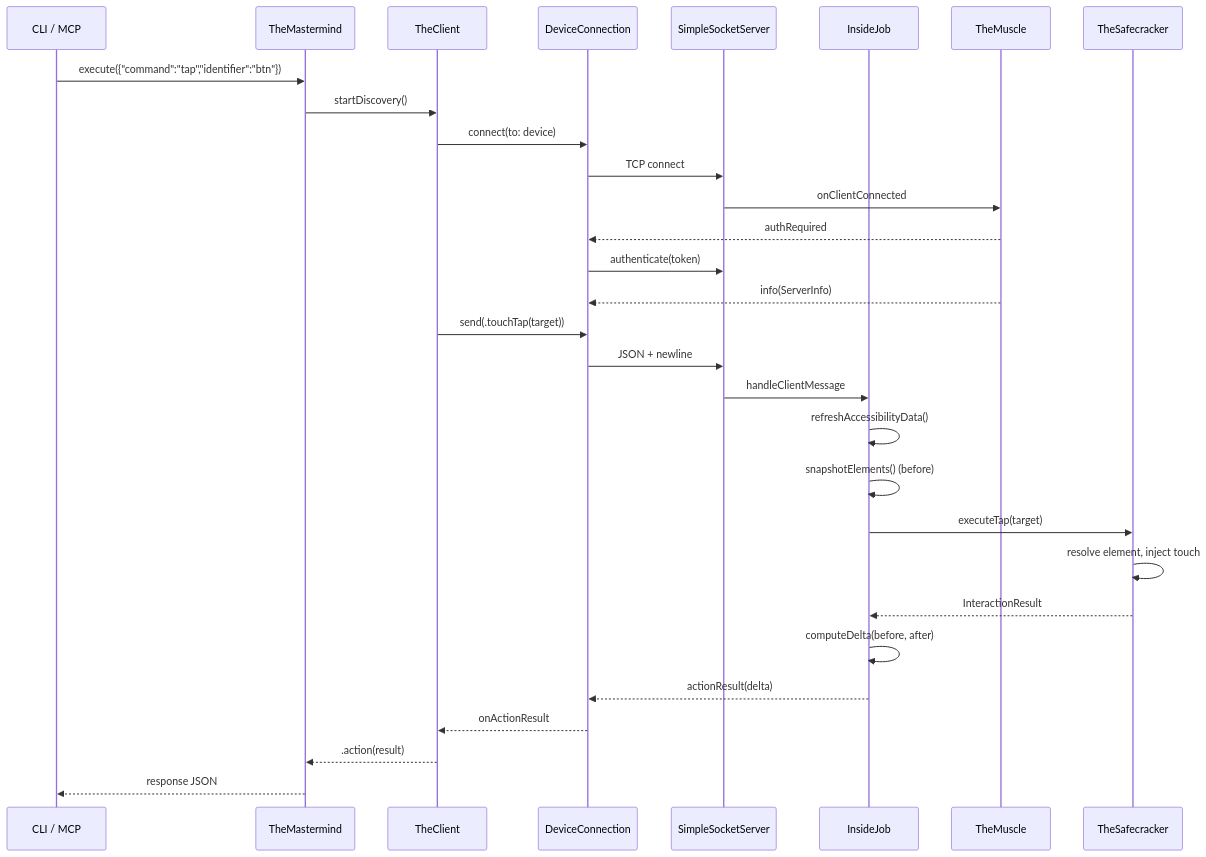
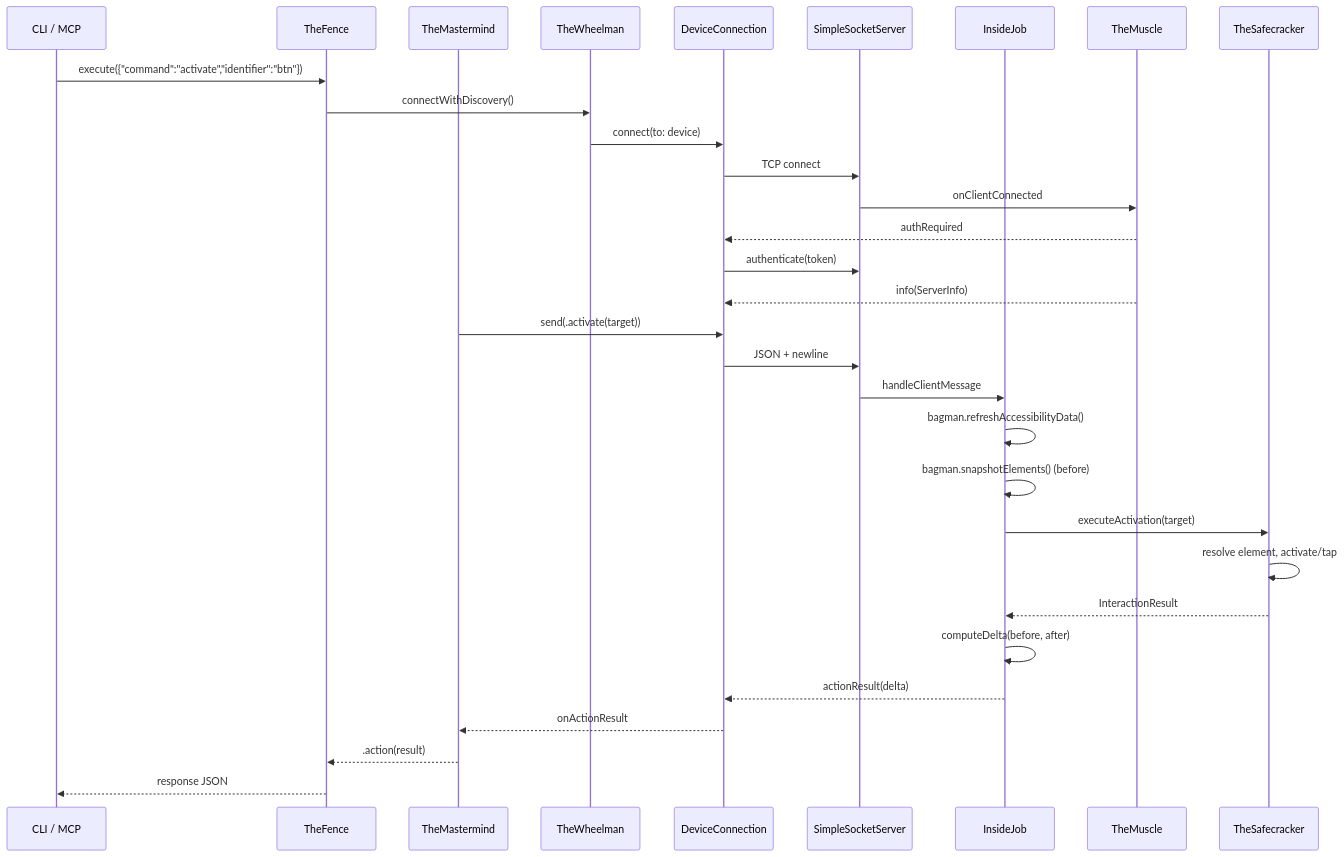
The second of 2 diagrams in docs/dossiers/00-OVERVIEW.md (RoyalPineapple/TheButtonHeist), drawn with Mermaid before and after one commit. The commit also changed other lines of this file and 4 other files, not shown here.

````diff
--- a/docs/dossiers/00-OVERVIEW.md
+++ b/docs/dossiers/00-OVERVIEW.md
@@ -57,33 +57,34 @@
 ```mermaid
 sequenceDiagram
     participant CLI as CLI / MCP
+    participant TF as TheFence
     participant TM as TheMastermind
-    participant TC as TheClient
+    participant TW as TheWheelman
     participant DC as DeviceConnection
     participant SS as SimpleSocketServer
     participant IJ as InsideJob
     participant TM2 as TheMuscle
     participant TS as TheSafecracker
 
-    CLI->>TM: execute({"command":"tap","identifier":"btn"})
-    TM->>TC: startDiscovery()
-    TC->>DC: connect(to: device)
+    CLI->>TF: execute({"command":"activate","identifier":"btn"})
+    TF->>TW: connectWithDiscovery()
+    TW->>DC: connect(to: device)
     DC->>SS: TCP connect
     SS->>TM2: onClientConnected
     TM2-->>DC: authRequired
     DC->>SS: authenticate(token)
     TM2-->>DC: info(ServerInfo)
-    TC->>DC: send(.touchTap(target))
+    TM->>DC: send(.activate(target))
     DC->>SS: JSON + newline
     SS->>IJ: handleClientMessage
-    IJ->>IJ: refreshAccessibilityData()
-    IJ->>IJ: snapshotElements() (before)
-    IJ->>TS: executeTap(target)
-    TS->>TS: resolve element, inject touch
+    IJ->>IJ: bagman.refreshAccessibilityData()
+    IJ->>IJ: bagman.snapshotElements() (before)
+    IJ->>TS: executeActivation(target)
+    TS->>TS: resolve element, activate/tap
     TS-->>IJ: InteractionResult
     IJ->>IJ: computeDelta(before, after)
     IJ-->>DC: actionResult(delta)
-    DC-->>TC: onActionResult
-    TC-->>TM: .action(result)
-    TM-->>CLI: response JSON
+    DC-->>TM: onActionResult
+    TM-->>TF: .action(result)
+    TF-->>CLI: response JSON
 ```
````
